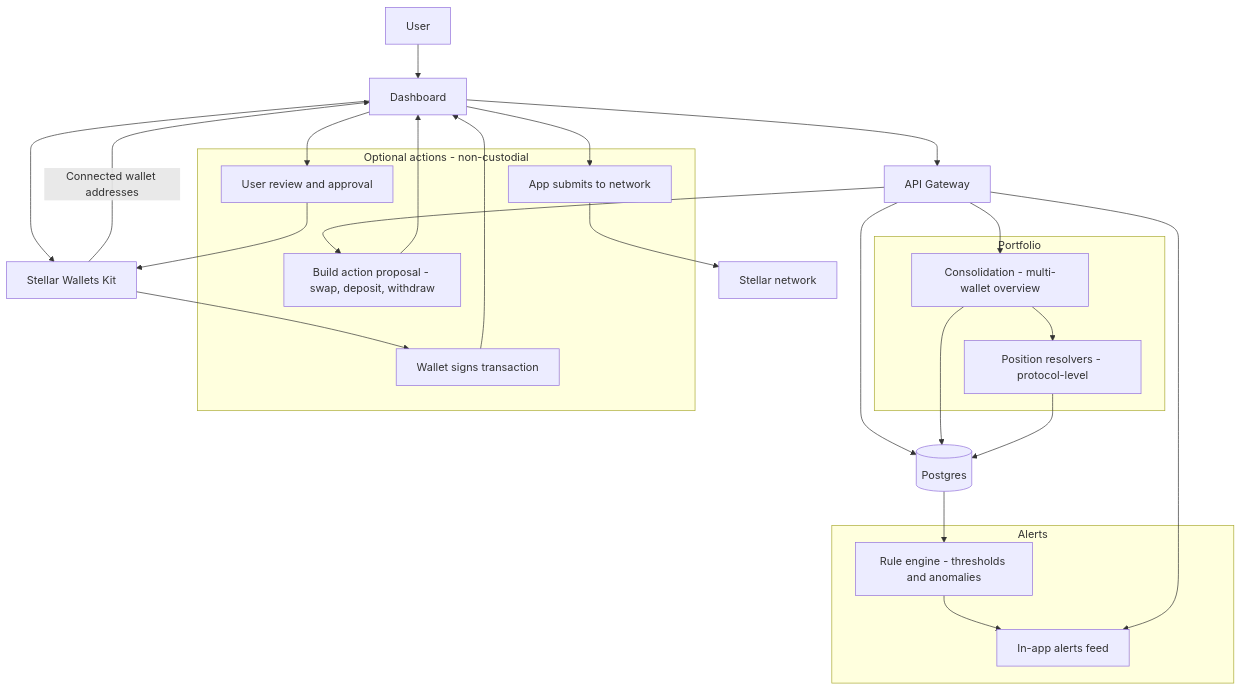
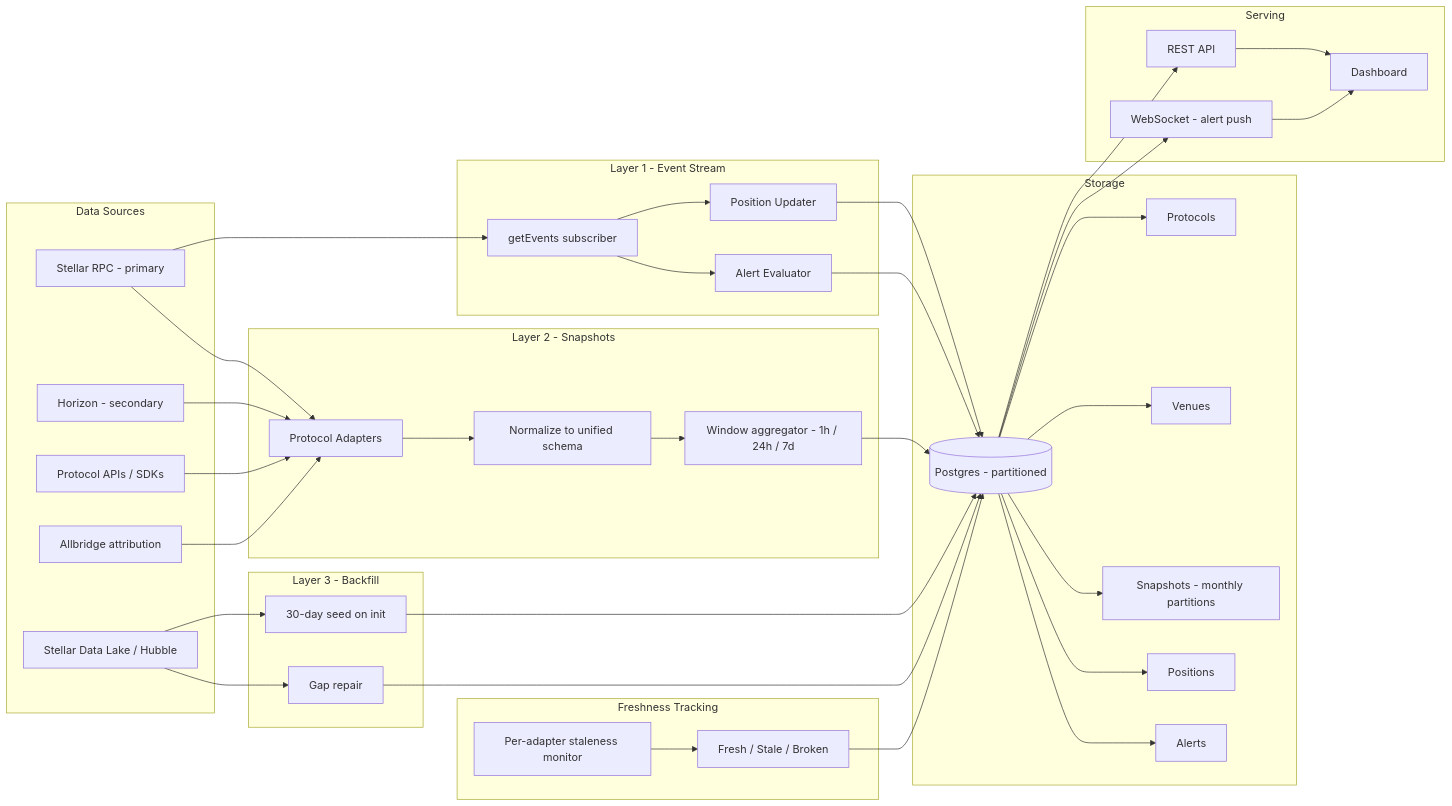
The second of 3 diagrams in docs/TECHNICAL_ARCHITECTURE.md (Mael-wnb/dig-stellar), drawn with Mermaid before and after one commit. The commit also changed other lines of this file, not shown here.

Commit message:
doc: technical_architecture_v2

````diff
--- a/docs/TECHNICAL_ARCHITECTURE.md
+++ b/docs/TECHNICAL_ARCHITECTURE.md
@@ -155,40 +218,70 @@
 ```mermaid
-flowchart TB
-  U[User] --> UI[Dashboard]
-
-  UI --> WK[Stellar Wallets Kit]
-  WK -->|Connected wallet addresses| UI
-
-  UI --> API[API Gateway]
-  API --> DB[(Postgres)]
-
-  subgraph Portfolio[Portfolio]
-    Port[Consolidation - multi-wallet overview]
-    Pos[Position resolvers - protocol-level]
+flowchart LR
+  subgraph Sources[Data Sources]
+    RPC[Stellar RPC - primary]
+    HZ[Horizon - secondary]
+    Proto[Protocol APIs / SDKs]
+    Lake[Stellar Data Lake / Hubble]
+    Bridge[Allbridge attribution]
   end
 
-  API --> Port
-  Port --> DB
-  Port --> Pos
-  Pos --> DB
-
-  subgraph Alerts[Alerts]
-    Rules[Rule engine - thresholds and anomalies]
-    Feed[In-app alerts feed]
+  subgraph Layer1[Layer 1 - Event Stream]
+    Sub[getEvents subscriber]
+    PosUp[Position Updater]
+    AlertEv[Alert Evaluator]
   end
 
-  DB --> Rules --> Feed
-  API --> Feed
-
-  subgraph Actions[Optional actions - non-custodial]
-    Propose[Build action proposal - swap, deposit, withdraw]
-    Review[User review and approval]
-    Sign[Wallet signs transaction]
-    Submit[App submits to network]
+  subgraph Layer2[Layer 2 - Snapshots]
+    Adapt[Protocol Adapters]
+    Norm[Normalize to unified schema]
+    Window[Window aggregator - 1h / 24h / 7d]
   end
 
-  API --> Propose --> UI
-  UI --> Review --> WK
-  WK --> Sign --> UI
-  UI --> Submit --> Net[Stellar network]
+  subgraph Layer3[Layer 3 - Backfill]
+    Seed[30-day seed on init]
+    Repair[Gap repair]
+  end
+
+  subgraph Track[Freshness Tracking]
+    Fresh[Per-adapter staleness monitor]
+    States[Fresh / Stale / Broken]
+  end
+
+  subgraph Storage[Storage]
+    DB[(Postgres - partitioned)]
+    ProtoT[Protocols]
+    VenueT[Venues]
+    SnapT[Snapshots - monthly partitions]
+    PosT[Positions]
+    AlertT[Alerts]
+  end
+
+  subgraph Serving[Serving]
+    API[REST API]
+    WS[WebSocket - alert push]
+    Dash[Dashboard]
+  end
+
+  RPC --> Sub --> PosUp --> DB
+  Sub --> AlertEv --> DB
+
+  RPC --> Adapt
+  HZ --> Adapt
+  Proto --> Adapt
+  Bridge --> Adapt
+  Adapt --> Norm --> Window --> DB
+
+  Lake --> Seed --> DB
+  Lake --> Repair --> DB
+
+  Fresh --> States --> DB
+
+  DB --> ProtoT
+  DB --> VenueT
+  DB --> SnapT
+  DB --> PosT
+  DB --> AlertT
+
+  DB --> API --> Dash
+  DB --> WS --> Dash
 ```
````
